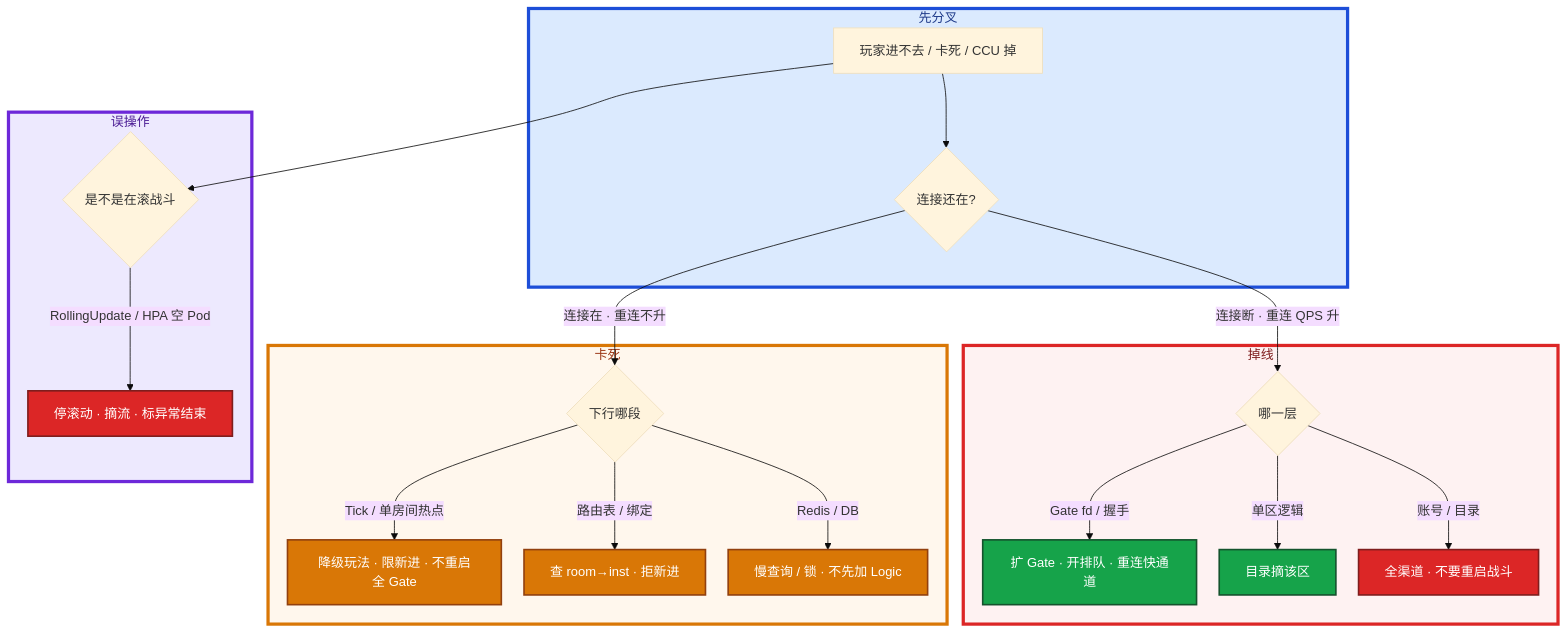
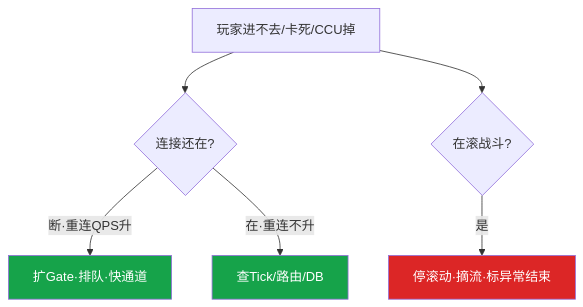
Before and after one commit to ml-cuizijun/LearnToLilith: the fifth of 5 diagrams in 08-游戏运维专题/01-游戏服务器架构/知识点.md, drawn with Mermaid. The commit also changed other lines of this file and 213 other files, not shown here.

````diff
--- a/08-游戏运维专题/01-游戏服务器架构/知识点.md
+++ b/08-游戏运维专题/01-游戏服务器架构/知识点.md
@@ -556,38 +288,11 @@
 ```mermaid
-%%{init: {"flowchart": {"padding": 16, "nodeSpacing": 28, "rankSpacing": 48}, "theme": "base"}}%%
 flowchart TB
-    subgraph gate ["先分叉"]
-        A[玩家进不去 / 卡死 / CCU 掉] --> B{连接还在?}
-    end
-
-    subgraph disc ["掉线"]
-        B -->|连接断 · 重连 QPS 升| C{哪一层}
-        C -->|Gate fd / 握手| D[扩 Gate · 开排队 · 重连快通道]
-        C -->|单区逻辑| E[目录摘该区]
-        C -->|账号 / 目录| F[全渠道 · 不要重启战斗]
-    end
-
-    subgraph stuck ["卡死"]
-        B -->|连接在 · 重连不升| G{下行哪段}
-        G -->|Tick / 单房间热点| H[降级玩法 · 限新进 · 不重启全 Gate]
-        G -->|路由表 / 绑定| I[查 room→inst · 拒新进]
-        G -->|Redis / DB| J[慢查询 / 锁 · 不先加 Logic]
-    end
-
-    subgraph roll ["误操作"]
-        A --> K{是不是在滚战斗}
-        K -->|RollingUpdate / HPA 空 Pod| L[停滚动 · 摘流 · 标异常结束]
-    end
-
-    classDef bad fill:#DC2626,stroke:#7F1D1D,stroke-width:2px,color:#fff
-    classDef ok fill:#16A34A,stroke:#14532D,stroke-width:2px,color:#fff
-    classDef warn fill:#D97706,stroke:#92400E,stroke-width:2px,color:#fff
-    class L,F bad
-    class D,E ok
-    class H,I,J warn
-
-    style gate fill:#DBEAFE,stroke:#1D4ED8,stroke-width:4px,color:#1E3A8A
-    style disc fill:#FEF2F2,stroke:#DC2626,stroke-width:4px,color:#7F1D1D
-    style stuck fill:#FFF7ED,stroke:#D97706,stroke-width:4px,color:#9A3412
-    style roll fill:#EDE9FE,stroke:#6D28D9,stroke-width:4px,color:#4C1D95
+    A[玩家进不去/卡死/CCU掉] --> B{连接还在?}
+    B -->|断·重连QPS升| C[扩Gate·排队·快通道]
+    B -->|在·重连不升| D[查Tick/路由/DB]
+    A --> K{在滚战斗?}
+    K -->|是| L[停滚动·摘流·标异常结束]
+    classDef bad fill:#DC2626,color:#fff
+    classDef ok fill:#16A34A,color:#fff
+    class L bad; class C,D ok
 ```
````
